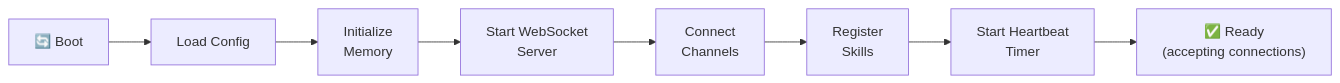
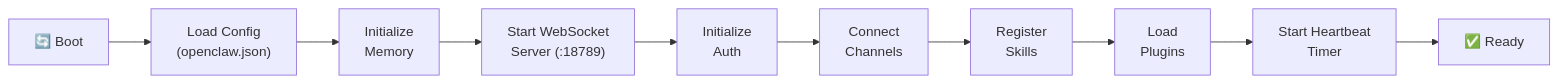
Before and after one commit to clawdocs/clawdocs.github.io: the diagram in docs/architecture/gateway.md, drawn with Mermaid. The commit also changed other lines of this file and 4 other files, not shown here.

First line of the commit message:
Expand all 5 architecture pages (582 → 1,300 lines)

````diff
--- a/docs/architecture/gateway.md
+++ b/docs/architecture/gateway.md
@@ -76,10 +33,12 @@
 ```mermaid
 flowchart LR
-    Boot["🔄 Boot"] --> Config["Load Config"]
+    Boot["🔄 Boot"] --> Config["Load Config<br/>(openclaw.json)"]
     Config --> Memory["Initialize<br/>Memory"]
-    Memory --> WS["Start WebSocket<br/>Server"]
-    WS --> Chan["Connect<br/>Channels"]
+    Memory --> WS["Start WebSocket<br/>Server (:18789)"]
+    WS --> Auth["Initialize<br/>Auth"]
+    Auth --> Chan["Connect<br/>Channels"]
     Chan --> Skills["Register<br/>Skills"]
-    Skills --> HB["Start Heartbeat<br/>Timer"]
-    HB --> Ready["✅ Ready<br/>(accepting connections)"]
+    Skills --> Plugins["Load<br/>Plugins"]
+    Plugins --> HB["Start Heartbeat<br/>Timer"]
+    HB --> Ready["✅ Ready"]
 ```
````
